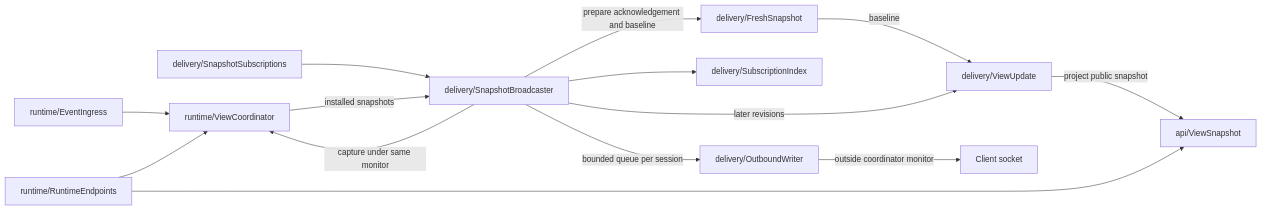
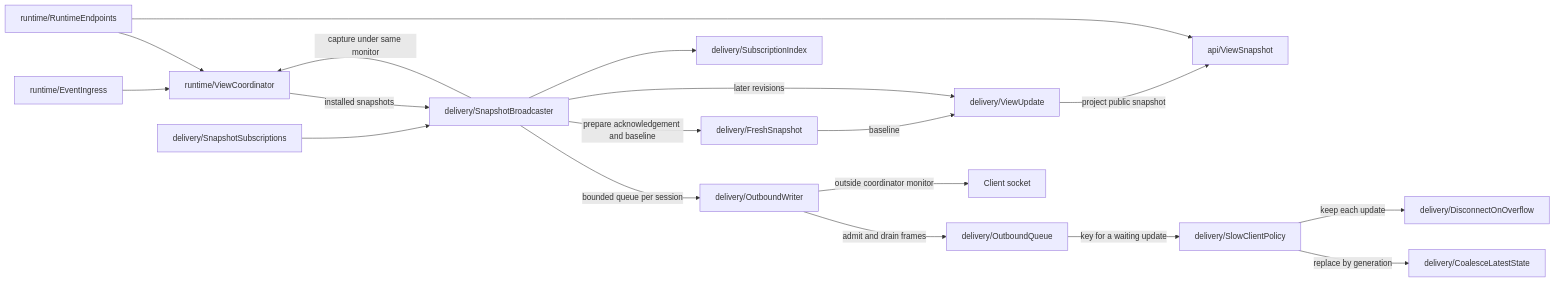
The fifth of 7 diagrams in zooglass/docs/source-map.md (sproates/zooglass), drawn with Mermaid before and after one commit. The commit also changed other lines of this file and 18 other files, not shown here.

First line of the commit message:
Configure bounded delivery for slow viewers (#139)

````diff
--- a/zooglass/docs/source-map.md
+++ b/zooglass/docs/source-map.md
@@ -96,16 +96,20 @@
 ```mermaid
 flowchart LR
   events["runtime/EventIngress"] --> coordinator["runtime/ViewCoordinator"]
   http["runtime/RuntimeEndpoints"] --> coordinator
   subscriptions["delivery/SnapshotSubscriptions"] --> broadcaster["delivery/SnapshotBroadcaster"]
   broadcaster -->|capture under same monitor| coordinator
   coordinator -->|installed snapshots| broadcaster
   broadcaster -->|prepare acknowledgement and baseline| recovery["delivery/FreshSnapshot"]
   recovery -->|baseline| update["delivery/ViewUpdate"]
   broadcaster -->|later revisions| update
   update -->|project public snapshot| dto["api/ViewSnapshot"]
   broadcaster --> index["delivery/SubscriptionIndex"]
   broadcaster -->|bounded queue per session| writer["delivery/OutboundWriter"]
+  writer -->|admit and drain frames| queue["delivery/OutboundQueue"]
+  queue -->|key for a waiting update| policy["delivery/SlowClientPolicy"]
+  policy -->|keep each update| fifo["delivery/DisconnectOnOverflow"]
+  policy -->|replace by generation| latest["delivery/CoalesceLatestState"]
   writer -->|outside coordinator monitor| socket["Client socket"]
   http --> dto
 ```
````
